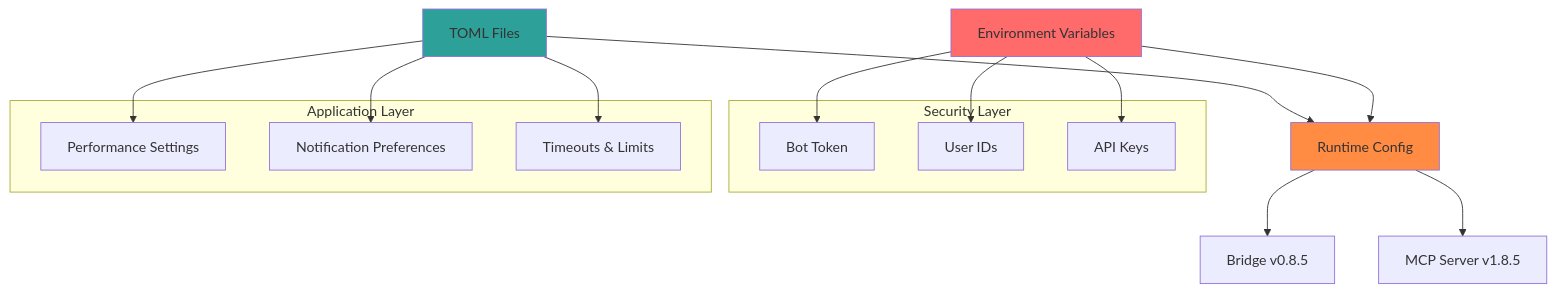
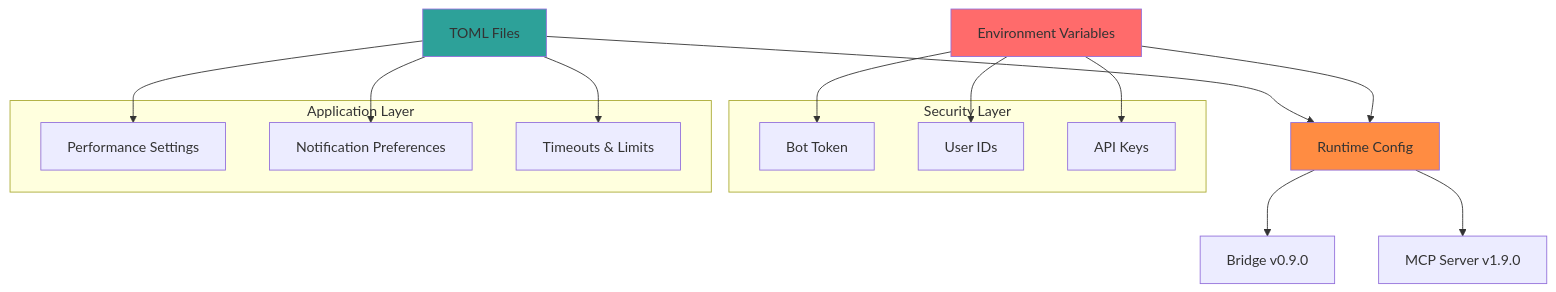
One commit to co8/cctelegram changed the diagram in docs/reference/configuration.md. Above: the diagram before and after it, drawn with Mermaid. The commit also changed other lines of this file and 41 other files, not shown here.

First line of the commit message:
docs: consolidate and align Bridge/MCP documentation

````diff
--- a/docs/reference/configuration.md
+++ b/docs/reference/configuration.md
@@ -12,30 +12,30 @@
 ```mermaid
 graph TB
     A[Environment Variables] --> C[Runtime Config]
     B[TOML Files] --> C
-    C --> D[Bridge v0.8.5]
-    C --> E[MCP Server v1.8.5]
+    C --> D[Bridge v0.9.0]
+    C --> E[MCP Server v1.9.0]
     
     subgraph "Security Layer"
         F[Bot Token]
         G[User IDs]
         H[API Keys]
     end
     
     subgraph "Application Layer"
         I[Performance Settings]
         J[Notification Preferences]
         K[Timeouts & Limits]
     end
     
     A --> F
     A --> G
     A --> H
     B --> I
     B --> J
     B --> K
     
     style A fill:#FF6B6B
     style B fill:#2da199
     style C fill:#FF8C42
 ```
````
